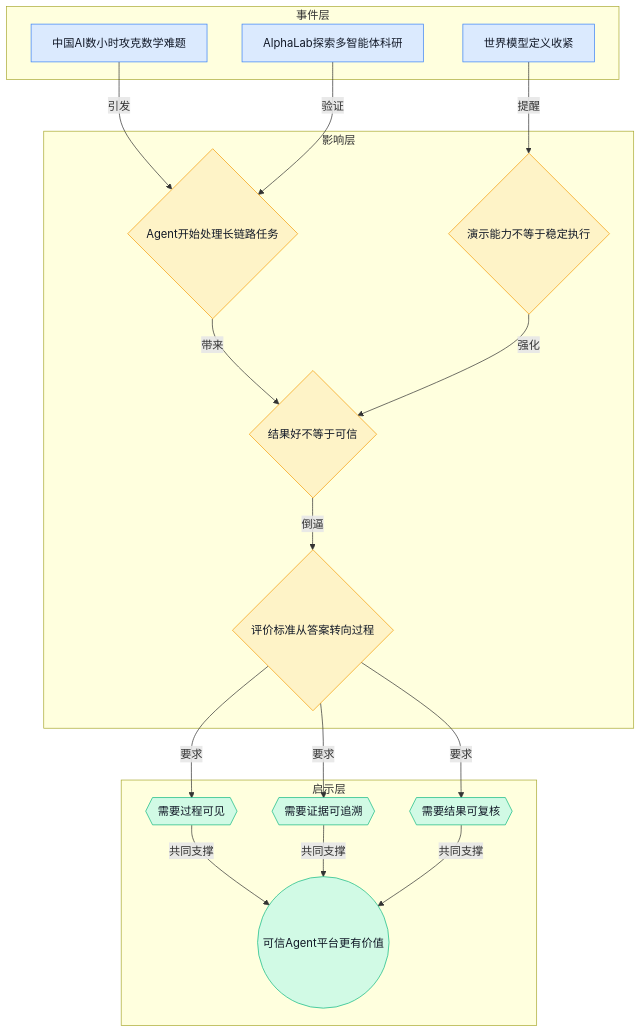
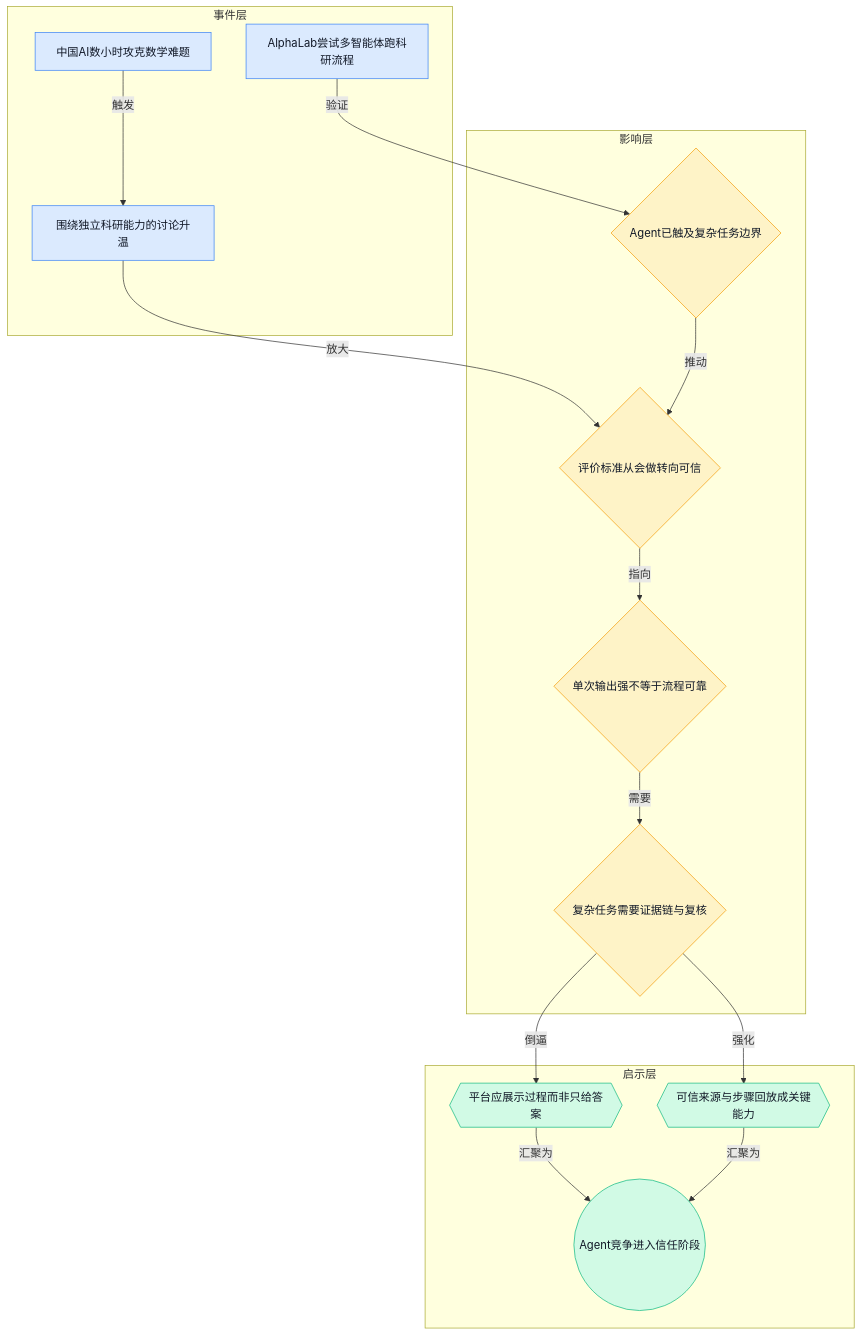
Before and after one commit to ylzsdafei/ai-daily-site: the first of 4 diagrams in content/cn/blog/weekly/2026-W16.md, drawn with Mermaid. The commit also changed other lines of this file and 1 other file, not shown here.

Commit message:
feat: 周报大字报 + 增强 Mermaid 图谱（着色分层+思维导图）

````diff
--- a/content/cn/blog/weekly/2026-W16.md
+++ b/content/cn/blog/weekly/2026-W16.md
@@ -27,39 +27,36 @@
 ```mermaid
 graph TD
   classDef event fill:#dbeafe,stroke:#3b82f6,color:#111827;
   classDef impact fill:#fef3c7,stroke:#f59e0b,color:#111827;
   classDef insight fill:#d1fae5,stroke:#10b981,color:#111827;
 
   subgraph 事件层
     A[中国AI数小时攻克数学难题]:::event
-    B[AlphaLab探索多智能体科研]:::event
-    C[世界模型定义收紧]:::event
+    B[AlphaLab尝试多智能体跑科研流程]:::event
+    C[围绕独立科研能力的讨论升温]:::event
   end
 
   subgraph 影响层
-    D{Agent开始处理长链路任务}:::impact
-    E{结果好不等于可信}:::impact
-    F{演示能力不等于稳定执行}:::impact
-    G{评价标准从答案转向过程}:::impact
+    D{Agent已触及复杂任务边界}:::impact
+    E{评价标准从会做转向可信}:::impact
+    F{单次输出强不等于流程可靠}:::impact
+    G{复杂任务需要证据链与复核}:::impact
   end
 
   subgraph 启示层
-    H{{需要过程可见}}:::insight
-    I{{需要证据可追溯}}:::insight
-    J{{需要结果可复核}}:::insight
-    K((可信Agent平台更有价值)):::insight
+    H{{平台应展示过程而非只给答案}}:::insight
+    I{{可信来源与步骤回放成关键能力}}:::insight
+    J((Agent竞争进入信任阶段)):::insight
   end
 
-  A -->|引发| D
-  B -->|验证| D
-  C -->|提醒| F
-  D -->|带来| E
-  F -->|强化| E
-  E -->|倒逼| G
-  G -->|要求| H
-  G -->|要求| I
-  G -->|要求| J
-  H -->|共同支撑| K
-  I -->|共同支撑| K
-  J -->|共同支撑| K
+  A -- 触发 --> C
+  B -- 验证 --> D
+  C -- 放大 --> E
+  D -- 推动 --> E
+  E -- 指向 --> F
+  F -- 需要 --> G
+  G -- 倒逼 --> H
+  G -- 强化 --> I
+  H -- 汇聚为 --> J
+  I -- 汇聚为 --> J
 ```
````
